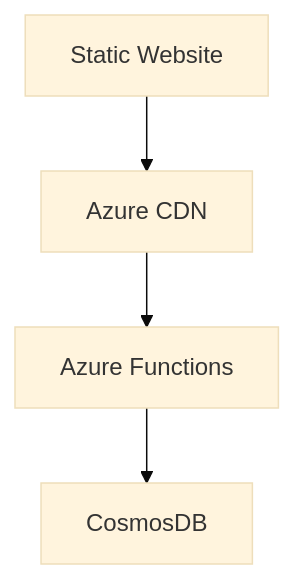
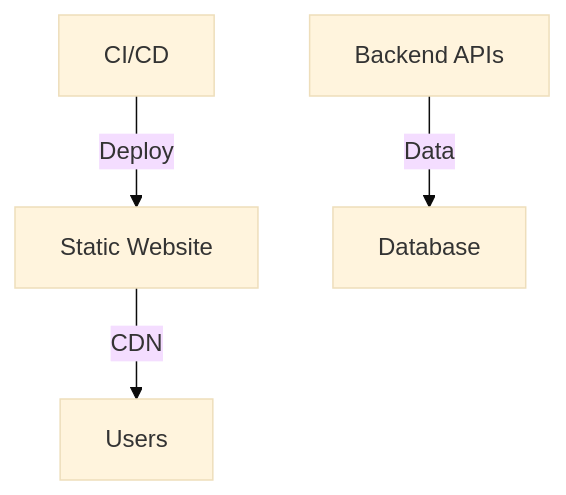
Before and after one commit to saddavi/Talha-CloudResumeChallenge: the first of 3 diagrams in README.md, drawn with Mermaid (base theme). The commit also changed other lines of this file, not shown here.

````diff
--- a/README.md
+++ b/README.md
@@ -73,6 +61,6 @@
 ```mermaid
 graph TD
-    A[Static Website] --> B[Azure CDN]
-    B --> C[Azure Functions]
-    C --> D[CosmosDB]
+    A[Static Website] -->|CDN| B[Users]
+    C[Backend APIs] -->|Data| D[Database]
+    E[CI/CD] -->|Deploy| A
 ```
````
